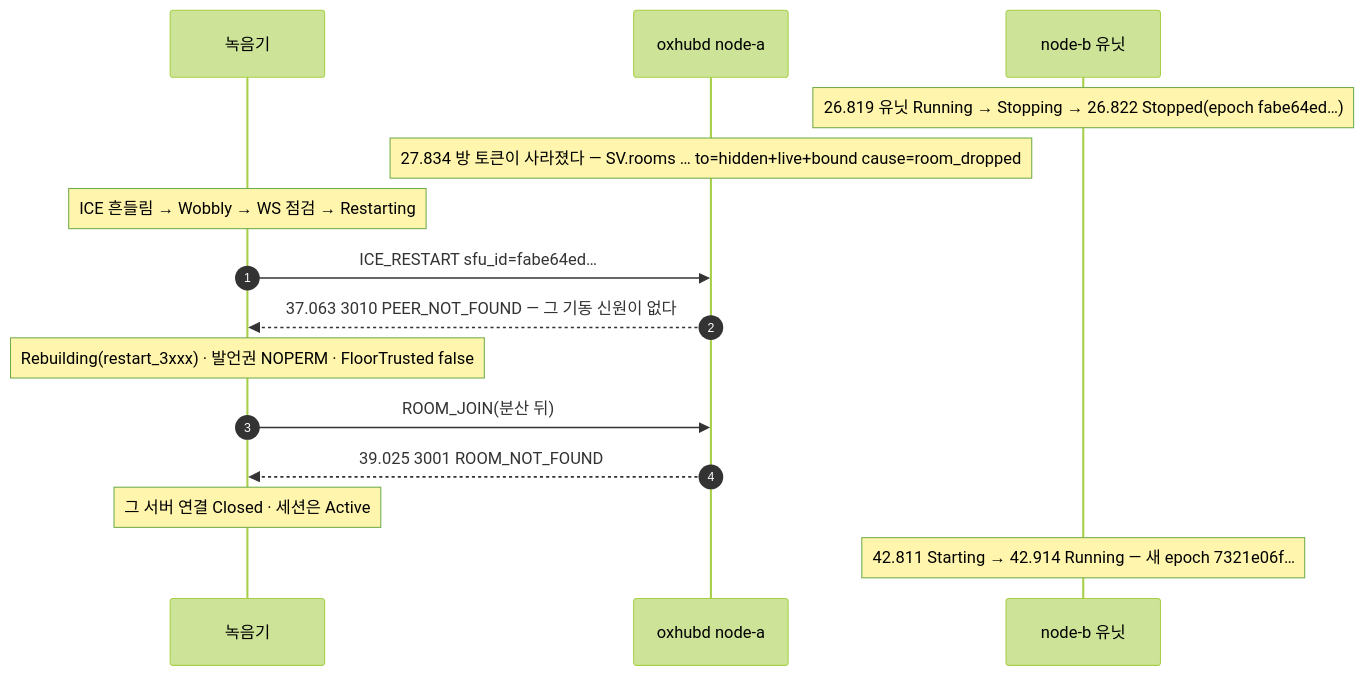
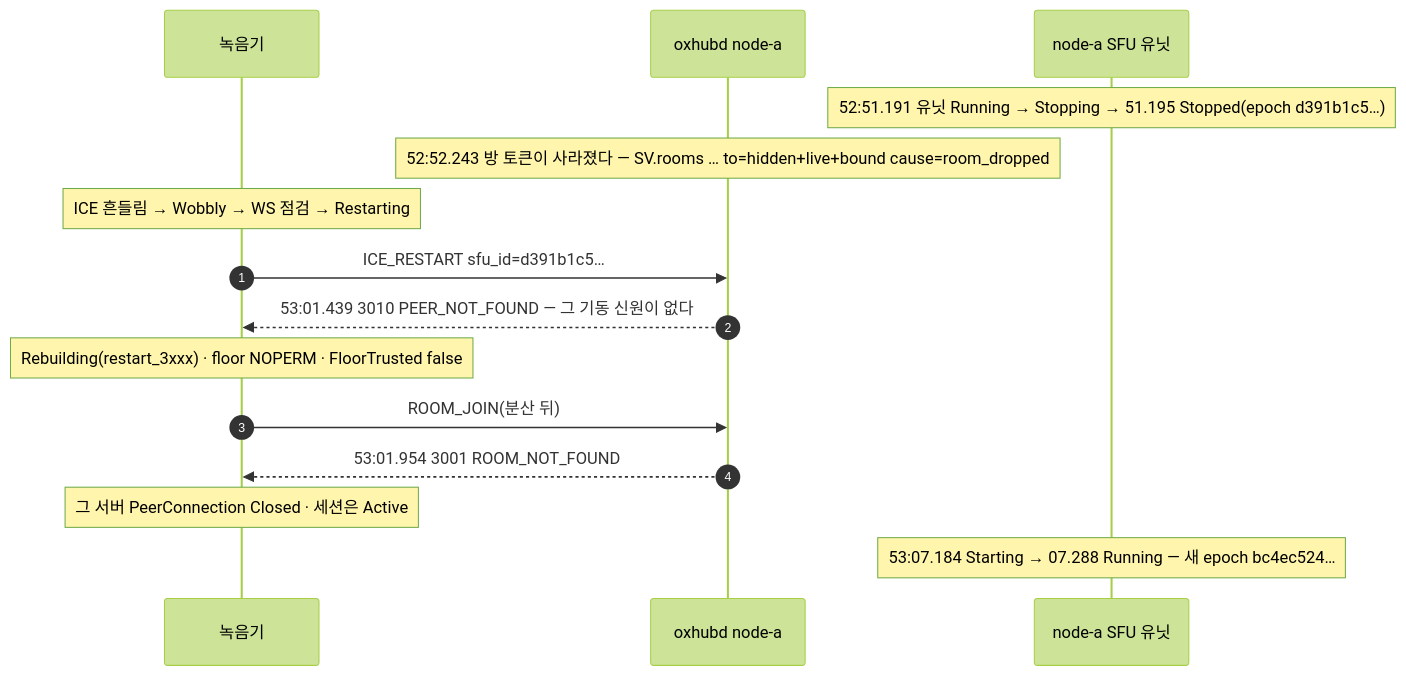
Before and after one commit to kodeholic9/oxlens-sfu: the fourth of 4 diagrams in docs/learn/10_RECOVERY.md, drawn with Mermaid (forest theme). The commit also changed other lines of this file and 19 other files, not shown here.

````diff
--- a/docs/learn/10_RECOVERY.md
+++ b/docs/learn/10_RECOVERY.md
@@ -180,17 +188,17 @@
 ```mermaid
 sequenceDiagram
   autonumber
   participant P as 녹음기
   participant H as oxhubd node-a
-  participant B as node-b 유닛
-  Note over B: 26.819 유닛 Running → Stopping → 26.822 Stopped(epoch fabe64ed…)
-  Note over H: 27.834 방 토큰이 사라졌다 — SV.rooms … to=hidden+live+bound cause=room_dropped
+  participant U as node-a SFU 유닛
+  Note over U: 52:51.191 유닛 Running → Stopping → 51.195 Stopped(epoch d391b1c5…)
+  Note over H: 52:52.243 방 토큰이 사라졌다 — SV.rooms … to=hidden+live+bound cause=room_dropped
   Note over P: ICE 흔들림 → Wobbly → WS 점검 → Restarting
-  P->>H: ICE_RESTART sfu_id=fabe64ed…
-  H-->>P: 37.063 3010 PEER_NOT_FOUND — 그 기동 신원이 없다
-  Note over P: Rebuilding(restart_3xxx) · 발언권 NOPERM · FloorTrusted false
+  P->>H: ICE_RESTART sfu_id=d391b1c5…
+  H-->>P: 53:01.439 3010 PEER_NOT_FOUND — 그 기동 신원이 없다
+  Note over P: Rebuilding(restart_3xxx) · floor NOPERM · FloorTrusted false
   P->>H: ROOM_JOIN(분산 뒤)
-  H-->>P: 39.025 3001 ROOM_NOT_FOUND
-  Note over P: 그 서버 연결 Closed · 세션은 Active
-  Note over B: 42.811 Starting → 42.914 Running — 새 epoch 7321e06f…
+  H-->>P: 53:01.954 3001 ROOM_NOT_FOUND
+  Note over P: 그 서버 PeerConnection Closed · 세션은 Active
+  Note over U: 53:07.184 Starting → 07.288 Running — 새 epoch bc4ec524…
 ```
````
